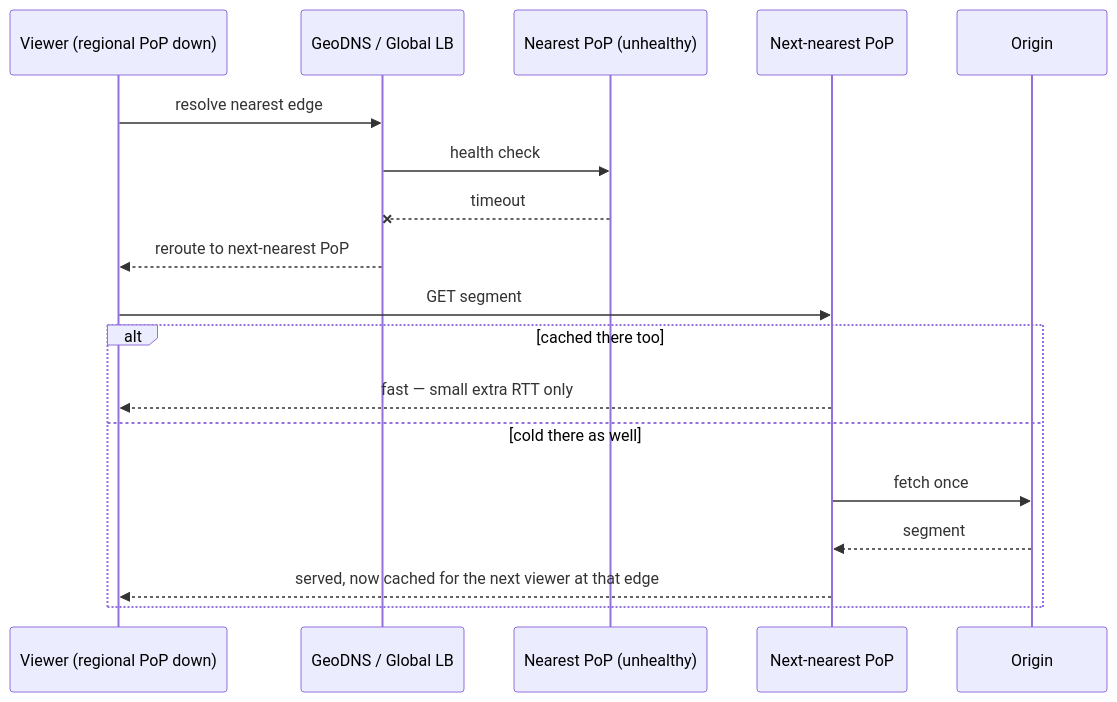
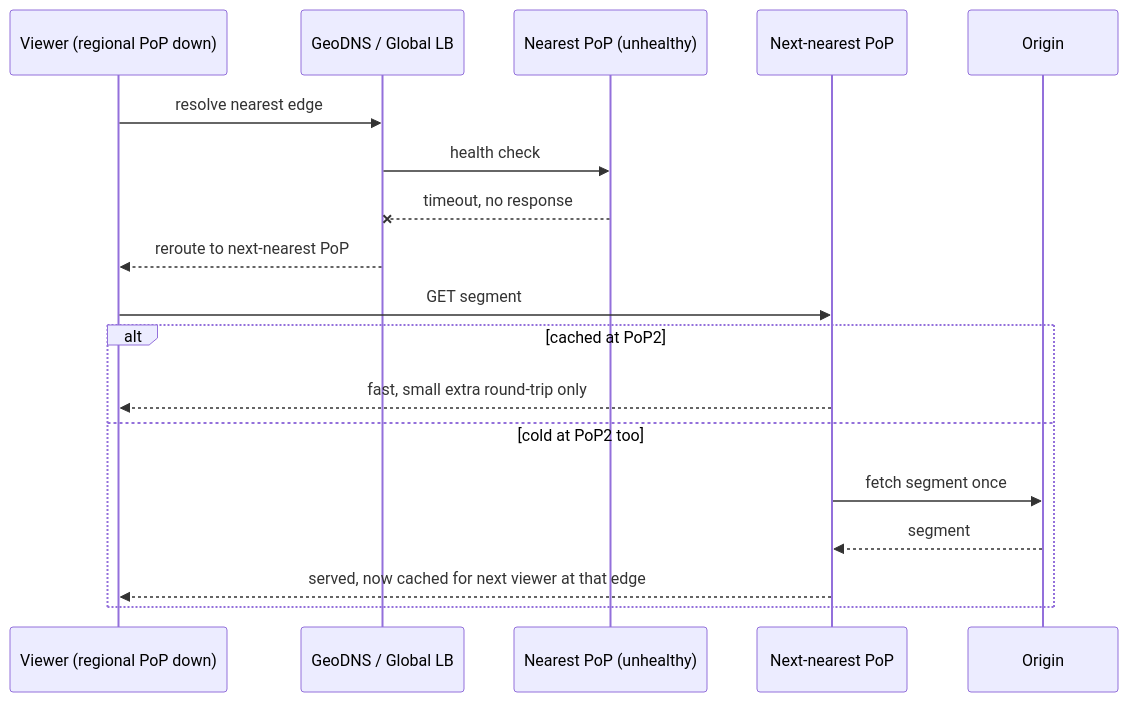
Before and after one commit to riyaz-pasha/Learnings: diagram 13 of 25 in system-design/HLD/0-course/26-Design YouTube-FAANG-Guide-story.md, drawn with Mermaid. The commit also changed other lines of this file and 1 other file, not shown here.

Commit message:
docs: simplify language and clean up mermaid diagrams in YouTube design guide

````diff
--- a/system-design/HLD/0-course/26-Design YouTube-FAANG-Guide-story.md
+++ b/system-design/HLD/0-course/26-Design YouTube-FAANG-Guide-story.md
@@ -252,21 +445,22 @@
 ```mermaid
 sequenceDiagram
     participant C as Viewer (regional PoP down)
     participant GLB as GeoDNS / Global LB
     participant PoP1 as Nearest PoP (unhealthy)
     participant PoP2 as Next-nearest PoP
     participant Origin as Origin
 
     C->>GLB: resolve nearest edge
     GLB->>PoP1: health check
-    PoP1--xGLB: timeout
+    PoP1--xGLB: timeout, no response
     GLB-->>C: reroute to next-nearest PoP
+
     C->>PoP2: GET segment
-    alt cached there too
-        PoP2-->>C: fast — small extra RTT only
-    else cold there as well
-        PoP2->>Origin: fetch once
+    alt cached at PoP2
+        PoP2-->>C: fast, small extra round-trip only
+    else cold at PoP2 too
+        PoP2->>Origin: fetch segment once
         Origin-->>PoP2: segment
-        PoP2-->>C: served, now cached for the next viewer at that edge
+        PoP2-->>C: served, now cached for next viewer at that edge
     end
 ```
````
